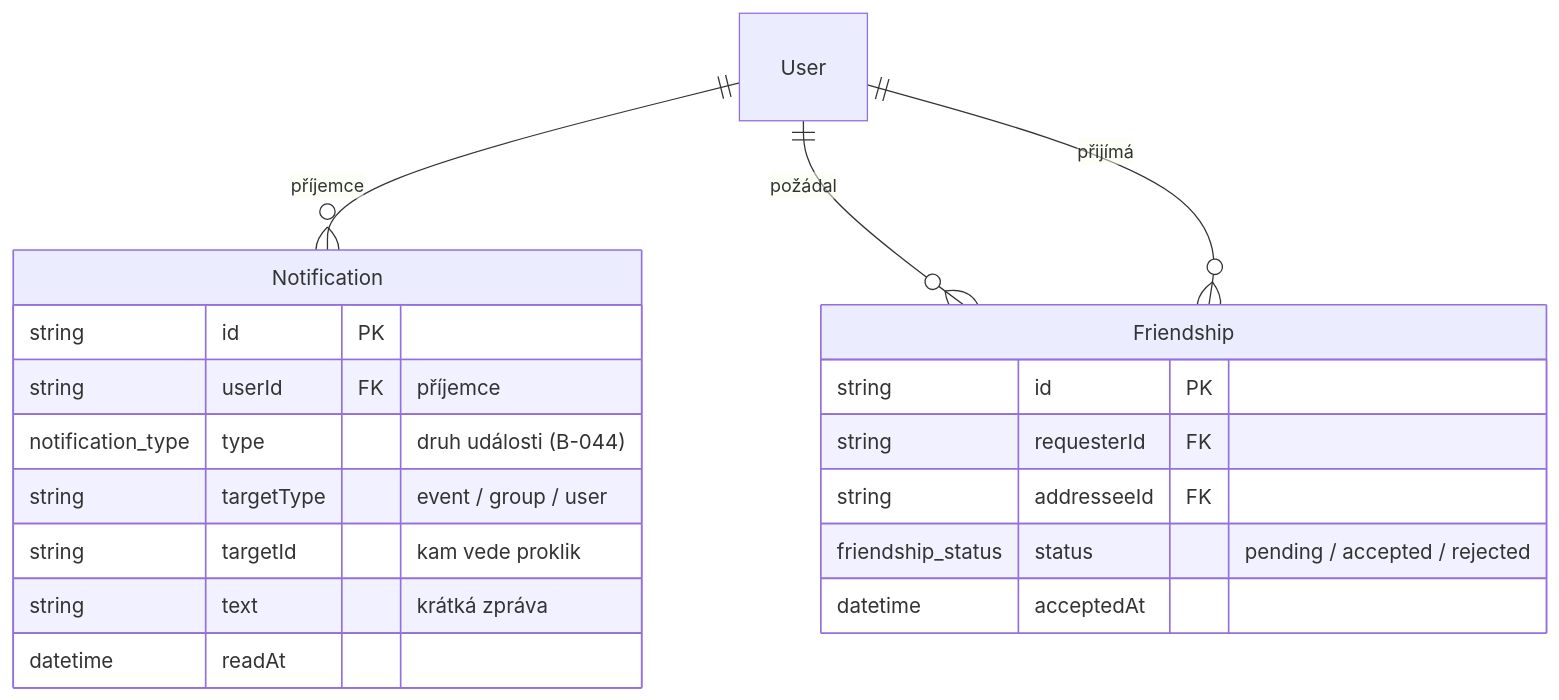
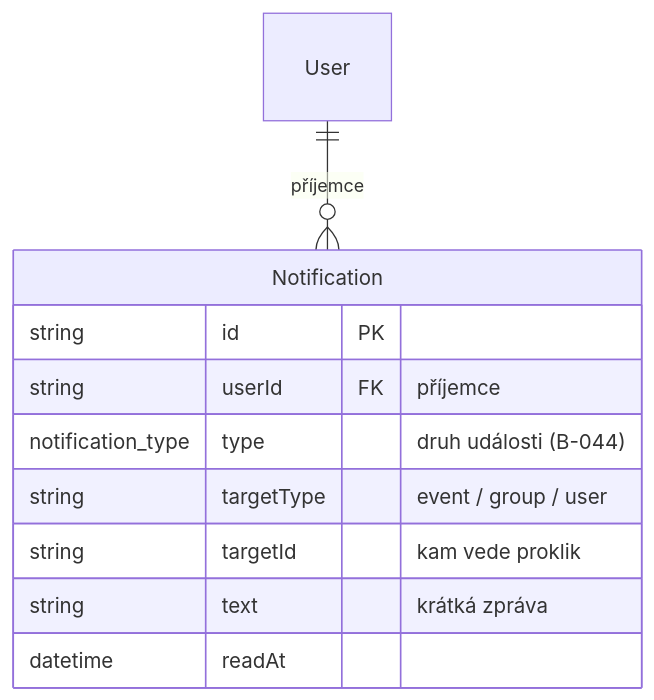
Before and after one commit to applifting-vsecourse/team-3: the fourth of 4 diagrams in docs/datovy-model.md, drawn with Mermaid. The commit also changed other lines of this file and 3 other files, not shown here.

````diff
--- a/docs/datovy-model.md
+++ b/docs/datovy-model.md
@@ -287,23 +292,14 @@
 ```mermaid
 erDiagram
     User ||--o{ Notification : "příjemce"
-    User ||--o{ Friendship : "požádal"
-    User ||--o{ Friendship : "přijímá"
 
     Notification {
         string id PK
         string userId FK "příjemce"
         notification_type type "druh události (B-044)"
         string targetType "event / group / user"
         string targetId "kam vede proklik"
         string text "krátká zpráva"
         datetime readAt
     }
-    Friendship {
-        string id PK
-        string requesterId FK
-        string addresseeId FK
-        friendship_status status "pending / accepted / rejected"
-        datetime acceptedAt
-    }
 ```
````
